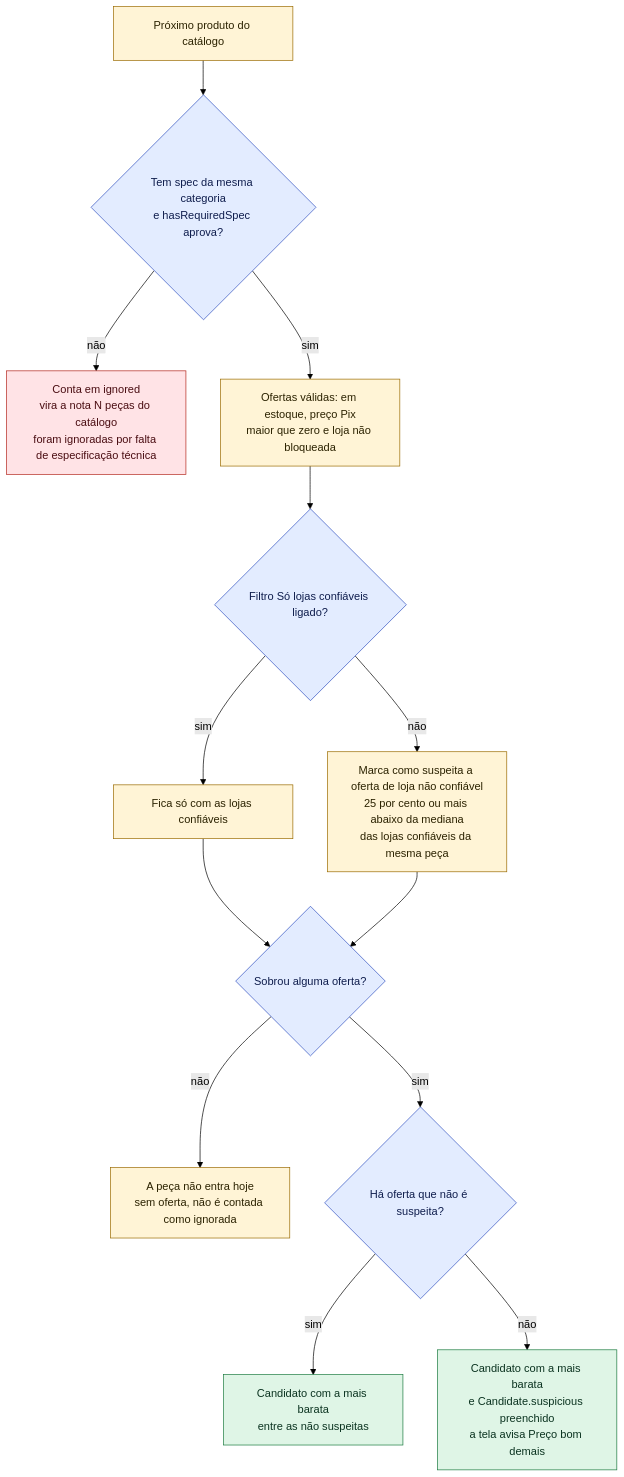
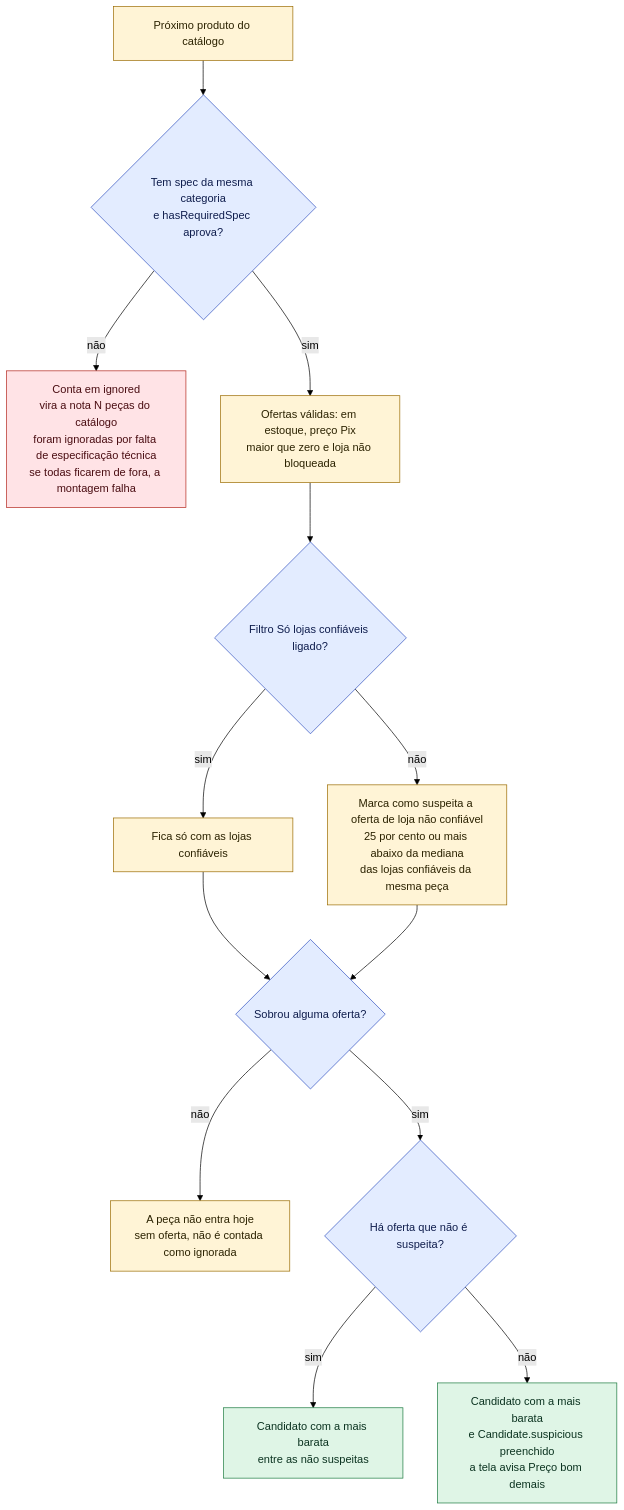
One commit to FEJAPA/Garimpo-PC changed the second of 7 diagrams in docs/diagramas/fluxo-montador.md. Above: the diagram before and after it, drawn with Mermaid (forest theme). The commit also changed other lines of this file and 5 other files, not shown here.

````diff
--- a/docs/diagramas/fluxo-montador.md
+++ b/docs/diagramas/fluxo-montador.md
@@ -108,21 +110,21 @@
 ```mermaid
 flowchart TD
     classDef passo fill:#fff4d6,stroke:#9a6b00,color:#2b2200
     classDef decisao fill:#e3ecff,stroke:#2f4fbf,color:#0f1d4d
     classDef falha fill:#ffe3e6,stroke:#b3261e,color:#4a0d12
     classDef ok fill:#dff5e6,stroke:#1b7a3f,color:#0b3320
 
     C0["Próximo produto do catálogo"]:::passo
     C0 --> C1{"Tem spec da mesma categoria<br/>e hasRequiredSpec aprova?"}:::decisao
-    C1 -->|"não"| C2["Conta em ignored<br/>vira a nota N peças do catálogo<br/>foram ignoradas por falta de especificação técnica"]:::falha
+    C1 -->|"não"| C2["Conta em ignored<br/>vira a nota N peças do catálogo<br/>foram ignoradas por falta de especificação técnica<br/>se todas ficarem de fora, a montagem falha"]:::falha
     C1 -->|"sim"| C3["Ofertas válidas: em estoque, preço Pix<br/>maior que zero e loja não bloqueada"]:::passo
     C3 --> C4{"Filtro Só lojas confiáveis ligado?"}:::decisao
     C4 -->|"sim"| C5["Fica só com as lojas confiáveis"]:::passo
     C4 -->|"não"| C6["Marca como suspeita a oferta de loja não confiável<br/>25 por cento ou mais abaixo da mediana<br/>das lojas confiáveis da mesma peça"]:::passo
     C5 --> C7
     C6 --> C7{"Sobrou alguma oferta?"}:::decisao
     C7 -->|"não"| C8["A peça não entra hoje<br/>sem oferta, não é contada como ignorada"]:::passo
     C7 -->|"sim"| C9{"Há oferta que não é suspeita?"}:::decisao
     C9 -->|"sim"| C10["Candidato com a mais barata<br/>entre as não suspeitas"]:::ok
     C9 -->|"não"| C11["Candidato com a mais barata<br/>e Candidate.suspicious preenchido<br/>a tela avisa Preço bom demais"]:::ok
 ```
````
